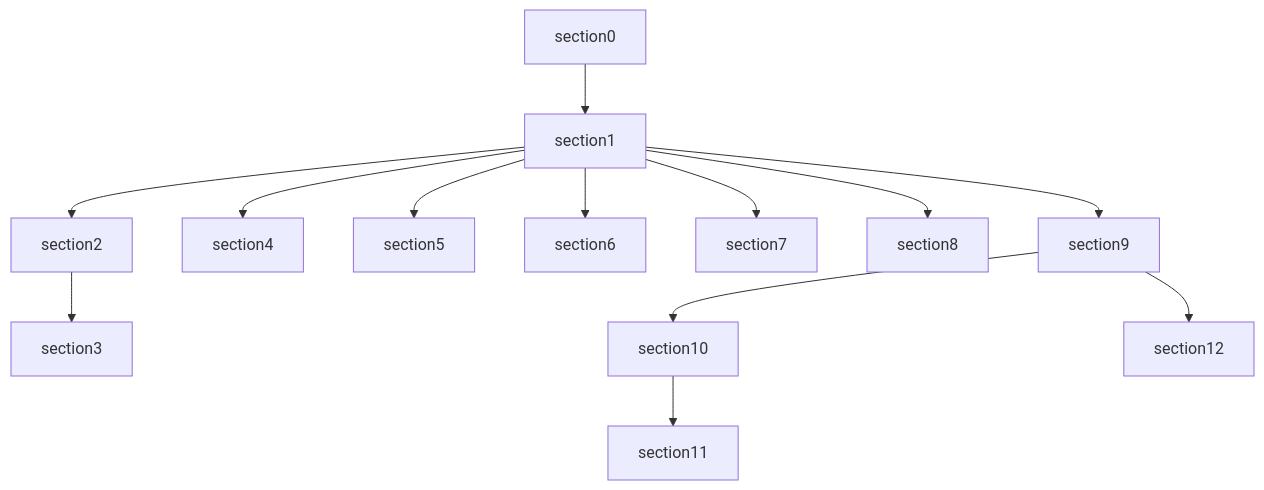
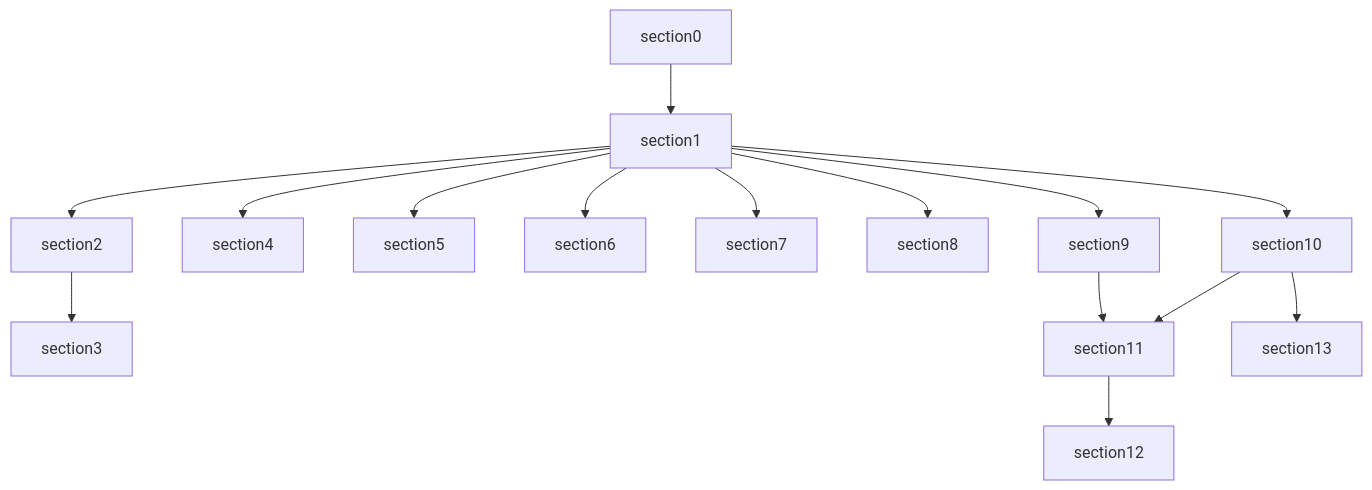
The diagram in section0/01_学习路径与先修要求.md (FDscend/obsidian_tutorial), drawn with Mermaid before and after one commit. The commit also changed other lines of this file and 37 other files, not shown here.

````diff
--- a/section0/01_学习路径与先修要求.md
+++ b/section0/01_学习路径与先修要求.md
@@ -112,15 +114,17 @@
 ```mermaid
 graph TD
     section0 --> section1
     section1 --> section2
     section2 --> section3
     section1 --> section4
     section1 --> section5
     section1 --> section6
     section1 --> section7
     section1 --> section8
     section1 --> section9
-    section9 --> section10
+    section1 --> section10
+    section9 --> section11
     section10 --> section11
-    section9 --> section12
+    section11 --> section12
+    section10 --> section13
 ```
````
